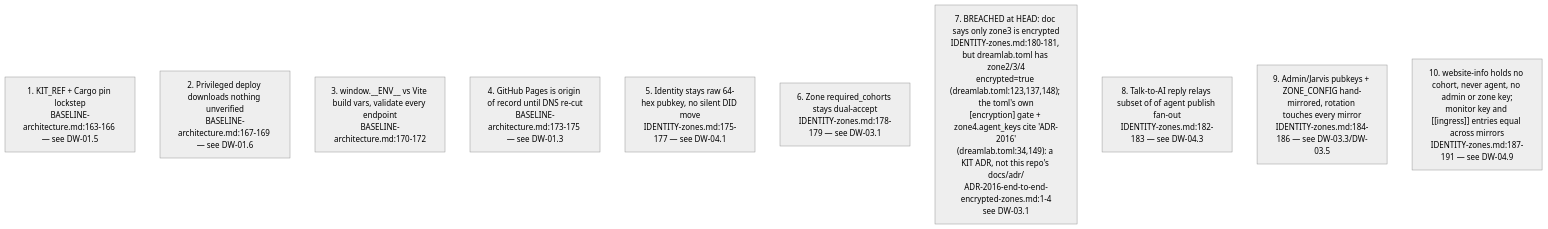
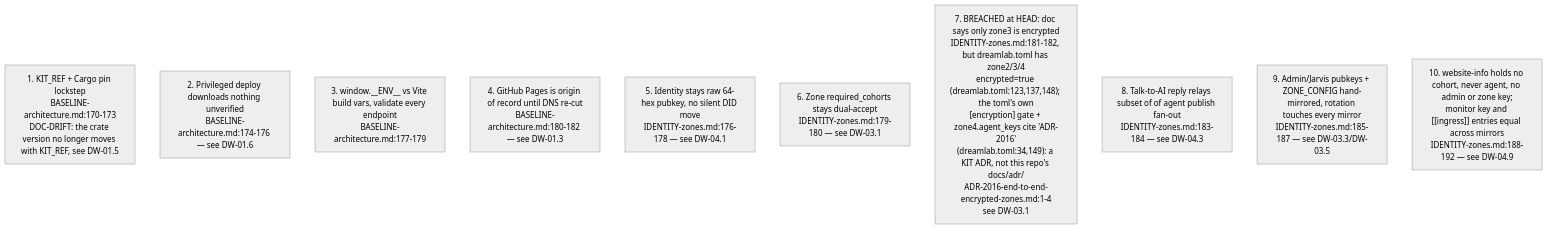
One commit to DreamLab-AI/VisionFlow changed the fourth of 7 diagrams in docs/diagrams/dreamlab-ai-website/06-content-pipeline-and-invariants-register.md. Above: the diagram before and after it, drawn with Mermaid (neutral theme). The commit also changed other lines of this file and 6 other files, not shown here.

First line of the commit message:
docs(diagrams): re-verify dreamlab-ai-website DW-01..06, DW-10 against 567bed6

````diff
--- a/docs/diagrams/dreamlab-ai-website/06-content-pipeline-and-invariants-register.md
+++ b/docs/diagrams/dreamlab-ai-website/06-content-pipeline-and-invariants-register.md
@@ -95,13 +97,13 @@
 ```mermaid
 flowchart TB
-    I1["1. KIT_REF + Cargo pin lockstep<br/>BASELINE-architecture.md:163-166 — see DW-01.5"]
-    I2["2. Privileged deploy downloads nothing unverified<br/>BASELINE-architecture.md:167-169 — see DW-01.6"]
-    I3["3. window.__ENV__ vs Vite build vars, validate every endpoint<br/>BASELINE-architecture.md:170-172"]
-    I4["4. GitHub Pages is origin of record until DNS re-cut<br/>BASELINE-architecture.md:173-175 — see DW-01.3"]
-    I5["5. Identity stays raw 64-hex pubkey, no silent DID move<br/>IDENTITY-zones.md:175-177 — see DW-04.1"]
-    I6["6. Zone required_cohorts stays dual-accept<br/>IDENTITY-zones.md:178-179 — see DW-03.1"]
-    I7["7. BREACHED at HEAD: doc says only zone3 is encrypted<br/>IDENTITY-zones.md:180-181, but dreamlab.toml has zone2/3/4<br/>encrypted=true (dreamlab.toml:123,137,148); the toml's own<br/>[encryption] gate + zone4.agent_keys cite 'ADR-2016'<br/>(dreamlab.toml:34,149): a KIT ADR, not this repo's docs/adr/<br/>ADR-2016-end-to-end-encrypted-zones.md:1-4<br/>see DW-03.1"]
-    I8["8. Talk-to-AI reply relays subset of of agent publish fan-out<br/>IDENTITY-zones.md:182-183 — see DW-04.3"]
-    I9["9. Admin/Jarvis pubkeys + ZONE_CONFIG hand-mirrored, rotation touches every mirror<br/>IDENTITY-zones.md:184-186 — see DW-03.3/DW-03.5"]
-    I10["10. website-info holds no cohort, never agent, no admin or zone key;<br/>monitor key and [[ingress]] entries equal across mirrors<br/>IDENTITY-zones.md:187-191 — see DW-04.9"]
+    I1["1. KIT_REF + Cargo pin lockstep<br/>BASELINE-architecture.md:170-173<br/>DOC-DRIFT: the crate version no longer moves with KIT_REF, see DW-01.5"]
+    I2["2. Privileged deploy downloads nothing unverified<br/>BASELINE-architecture.md:174-176 — see DW-01.6"]
+    I3["3. window.__ENV__ vs Vite build vars, validate every endpoint<br/>BASELINE-architecture.md:177-179"]
+    I4["4. GitHub Pages is origin of record until DNS re-cut<br/>BASELINE-architecture.md:180-182 — see DW-01.3"]
+    I5["5. Identity stays raw 64-hex pubkey, no silent DID move<br/>IDENTITY-zones.md:176-178 — see DW-04.1"]
+    I6["6. Zone required_cohorts stays dual-accept<br/>IDENTITY-zones.md:179-180 — see DW-03.1"]
+    I7["7. BREACHED at HEAD: doc says only zone3 is encrypted<br/>IDENTITY-zones.md:181-182, but dreamlab.toml has zone2/3/4<br/>encrypted=true (dreamlab.toml:123,137,148); the toml's own<br/>[encryption] gate + zone4.agent_keys cite 'ADR-2016'<br/>(dreamlab.toml:34,149): a KIT ADR, not this repo's docs/adr/<br/>ADR-2016-end-to-end-encrypted-zones.md:1-4<br/>see DW-03.1"]
+    I8["8. Talk-to-AI reply relays subset of of agent publish fan-out<br/>IDENTITY-zones.md:183-184 — see DW-04.3"]
+    I9["9. Admin/Jarvis pubkeys + ZONE_CONFIG hand-mirrored, rotation touches every mirror<br/>IDENTITY-zones.md:185-187 — see DW-03.3/DW-03.5"]
+    I10["10. website-info holds no cohort, never agent, no admin or zone key;<br/>monitor key and [[ingress]] entries equal across mirrors<br/>IDENTITY-zones.md:188-192 — see DW-04.9"]
 ```
````
